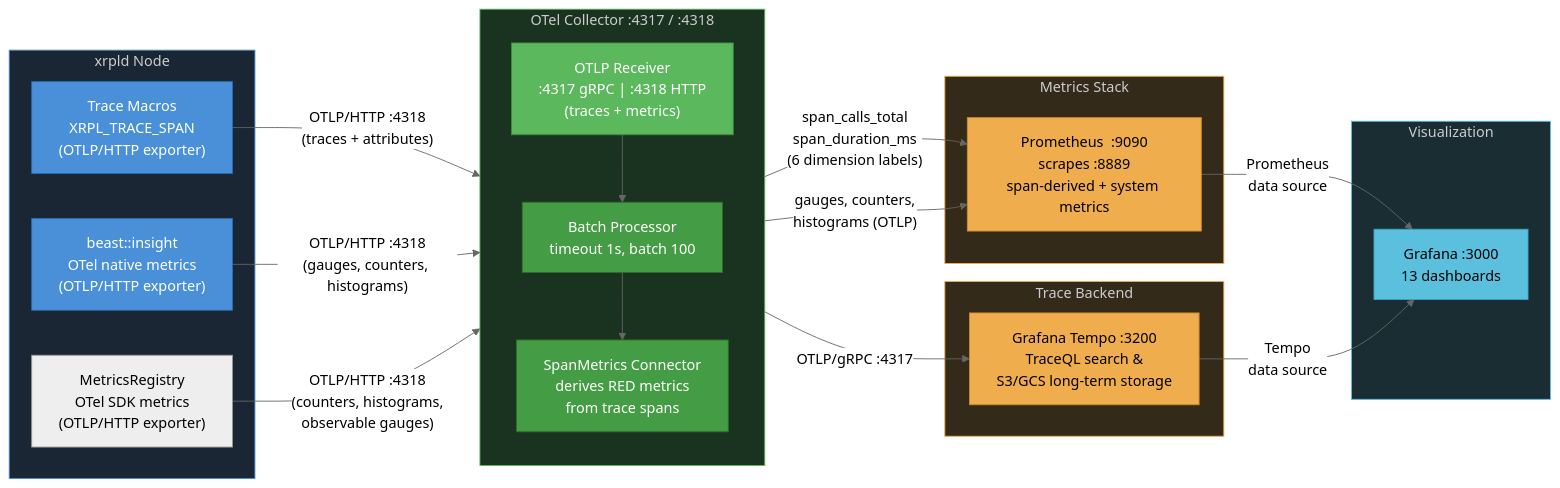
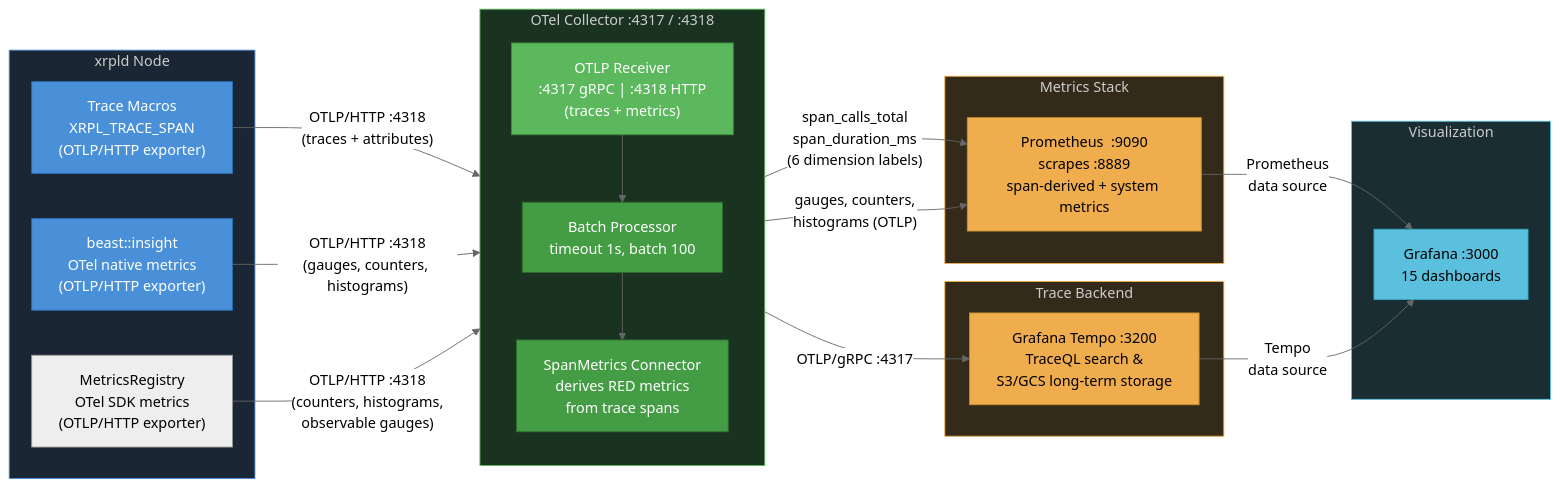
One commit to XRPLF/rippled changed the diagram in OpenTelemetryPlan/09-data-collection-reference.md. Above: the diagram before and after it, drawn with Mermaid (neutral theme). The commit also changed other lines of this file and 7 other files, not shown here.

````diff
--- a/OpenTelemetryPlan/09-data-collection-reference.md
+++ b/OpenTelemetryPlan/09-data-collection-reference.md
@@ -9,56 +9,56 @@
 ```mermaid
 graph LR
     subgraph xrpldNode["xrpld Node"]
         A["Trace Macros<br/>XRPL_TRACE_SPAN<br/>(OTLP/HTTP exporter)"]
         B["beast::insight<br/>OTel native metrics<br/>(OTLP/HTTP exporter)"]
         C["MetricsRegistry<br/>OTel SDK metrics<br/>(OTLP/HTTP exporter)"]
     end
 
     subgraph collector["OTel Collector  :4317 / :4318"]
         direction TB
         R1["OTLP Receiver<br/>:4317 gRPC  |  :4318 HTTP<br/>(traces + metrics)"]
         BP["Batch Processor<br/>timeout 1s, batch 100"]
         SM["SpanMetrics Connector<br/>derives RED metrics<br/>from trace spans"]
 
         R1 --> BP
         BP --> SM
     end
 
     subgraph backends["Trace Backend"]
         D["Grafana Tempo  :3200<br/>TraceQL search &<br/>S3/GCS long-term storage"]
     end
 
     subgraph metrics["Metrics Stack"]
         E["Prometheus  :9090<br/>scrapes :8889<br/>span-derived + system metrics"]
     end
 
     subgraph viz["Visualization"]
-        F["Grafana  :3000<br/>13 dashboards"]
+        F["Grafana  :3000<br/>15 dashboards"]
     end
 
     A -->|"OTLP/HTTP :4318<br/>(traces + attributes)"| R1
     B -->|"OTLP/HTTP :4318<br/>(gauges, counters, histograms)"| R1
     C -->|"OTLP/HTTP :4318<br/>(counters, histograms,<br/>observable gauges)"| R1
 
     BP -->|"OTLP/gRPC :4317"| D
 
     SM -->|"span_calls_total<br/>span_duration_ms<br/>(6 dimension labels)"| E
     R1 -->|"gauges, counters,<br/>histograms (OTLP)"| E
 
     E -->|"Prometheus<br/>data source"| F
     D -->|"Tempo<br/>data source"| F
 
     style A fill:#4a90d9,color:#fff,stroke:#2a6db5
     style B fill:#4a90d9,color:#fff,stroke:#2a6db5
     style R1 fill:#5cb85c,color:#fff,stroke:#3d8b3d
     style BP fill:#449d44,color:#fff,stroke:#2d6e2d
     style SM fill:#449d44,color:#fff,stroke:#2d6e2d
     style D fill:#f0ad4e,color:#000,stroke:#c78c2e
     style E fill:#f0ad4e,color:#000,stroke:#c78c2e
     style F fill:#5bc0de,color:#000,stroke:#3aa8c1
     style xrpldNode fill:#1a2633,color:#ccc,stroke:#4a90d9
     style collector fill:#1a3320,color:#ccc,stroke:#5cb85c
     style backends fill:#332a1a,color:#ccc,stroke:#f0ad4e
     style metrics fill:#332a1a,color:#ccc,stroke:#f0ad4e
     style viz fill:#1a2d33,color:#ccc,stroke:#5bc0de
 ```
````
